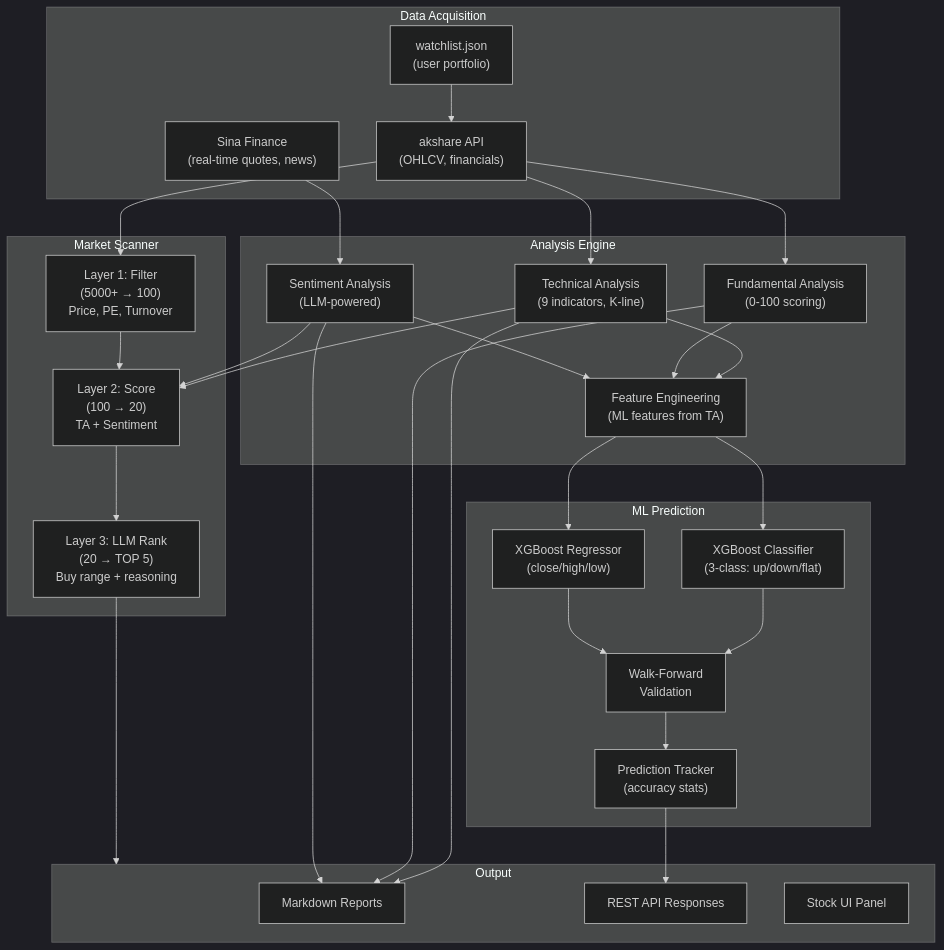
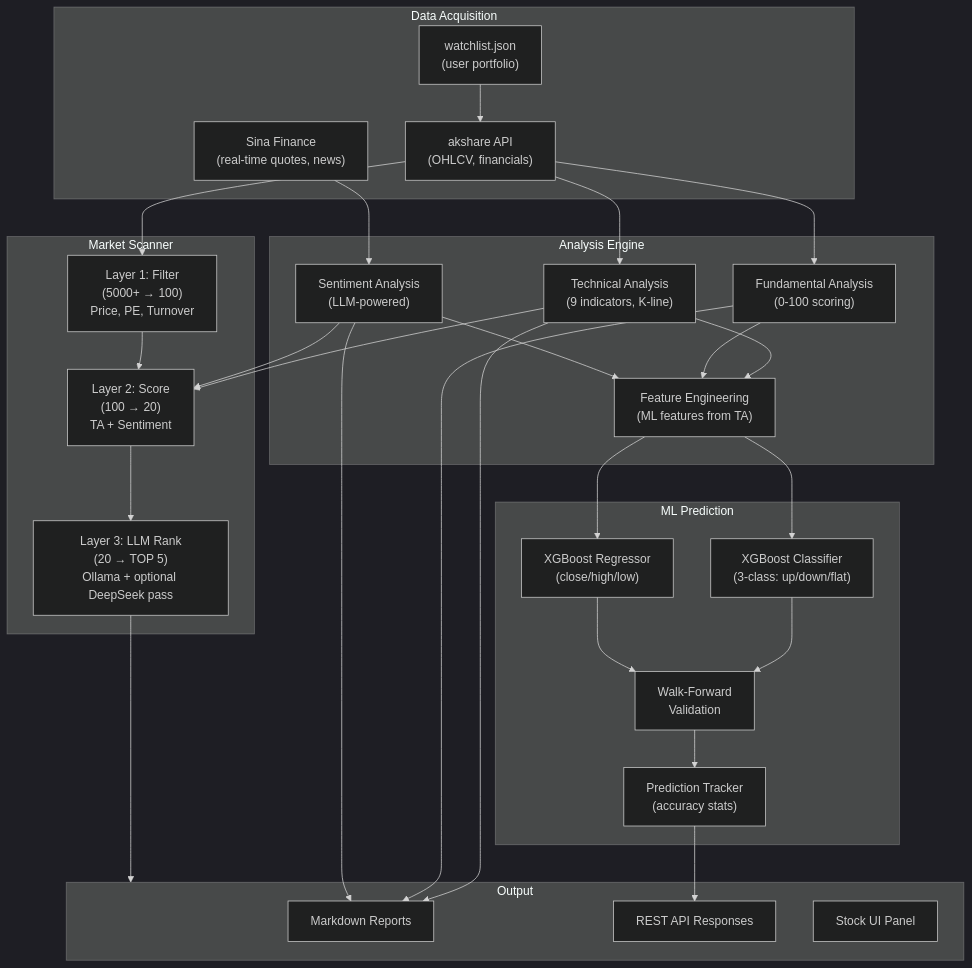
Before and after one commit to medavisyin/jarvis-yin: the sixth of 10 diagrams in docs/design/architecture.md, drawn with Mermaid (dark theme). The commit also changed other lines of this file and 40 other files, not shown here.

````diff
--- a/docs/design/architecture.md
+++ b/docs/design/architecture.md
@@ -321,60 +326,60 @@
 ```mermaid
 flowchart TB
     subgraph DataLayer["Data Acquisition"]
         AKShare["akshare API<br/>(OHLCV, financials)"]
         Sina["Sina Finance<br/>(real-time quotes, news)"]
         Watchlist["watchlist.json<br/>(user portfolio)"]
     end
 
     subgraph AnalysisLayer["Analysis Engine"]
         TA["Technical Analysis<br/>(9 indicators, K-line)"]
         FA["Fundamental Analysis<br/>(0-100 scoring)"]
         Sent["Sentiment Analysis<br/>(LLM-powered)"]
         Features["Feature Engineering<br/>(ML features from TA)"]
     end
 
     subgraph MLLayer["ML Prediction"]
         XGB_Class["XGBoost Classifier<br/>(3-class: up/down/flat)"]
         XGB_Price["XGBoost Regressor<br/>(close/high/low)"]
         WalkForward["Walk-Forward<br/>Validation"]
         Tracker["Prediction Tracker<br/>(accuracy stats)"]
     end
 
     subgraph ScannerLayer["Market Scanner"]
         L1["Layer 1: Filter<br/>(5000+ → 100)<br/>Price, PE, Turnover"]
         L2["Layer 2: Score<br/>(100 → 20)<br/>TA + Sentiment"]
-        L3["Layer 3: LLM Rank<br/>(20 → TOP 5)<br/>Buy range + reasoning"]
+        L3["Layer 3: LLM Rank<br/>(20 → TOP 5)<br/>Ollama + optional DeepSeek pass"]
     end
 
     subgraph OutputLayer["Output"]
         Reports["Markdown Reports"]
         APIResp["REST API Responses"]
         UIStock["Stock UI Panel"]
     end
 
     AKShare --> TA
     AKShare --> FA
     Sina --> Sent
     Watchlist --> AKShare
 
     TA --> Features
     FA --> Features
     Sent --> Features
     Features --> XGB_Class
     Features --> XGB_Price
     XGB_Class --> WalkForward
     XGB_Price --> WalkForward
     WalkForward --> Tracker
 
     AKShare --> L1
     L1 --> L2
     TA --> L2
     Sent --> L2
     L2 --> L3
     L3 --> OutputLayer
 
     TA --> Reports
     FA --> Reports
     Sent --> Reports
     Tracker --> APIResp
 ```
````
